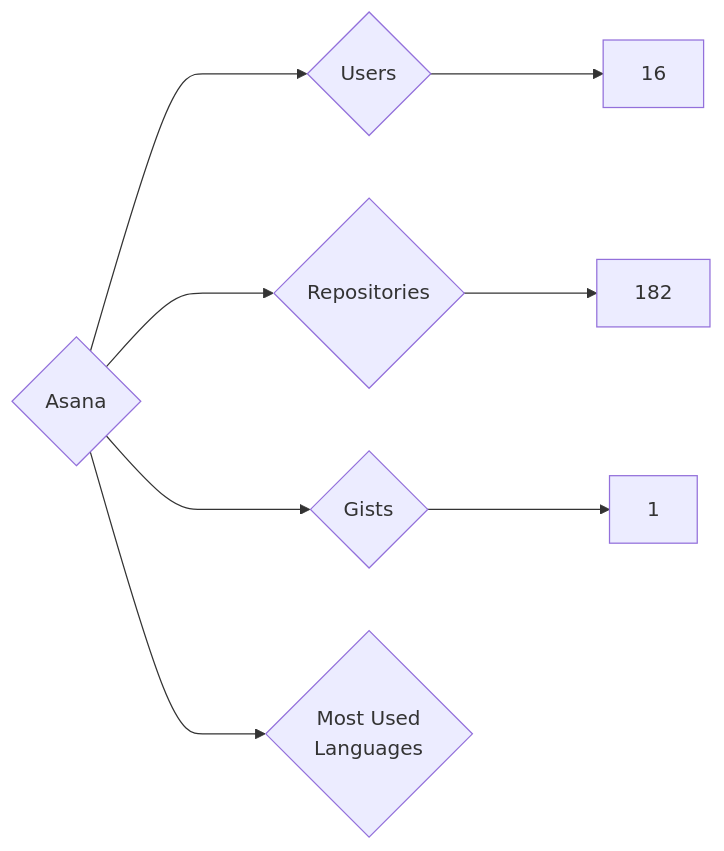
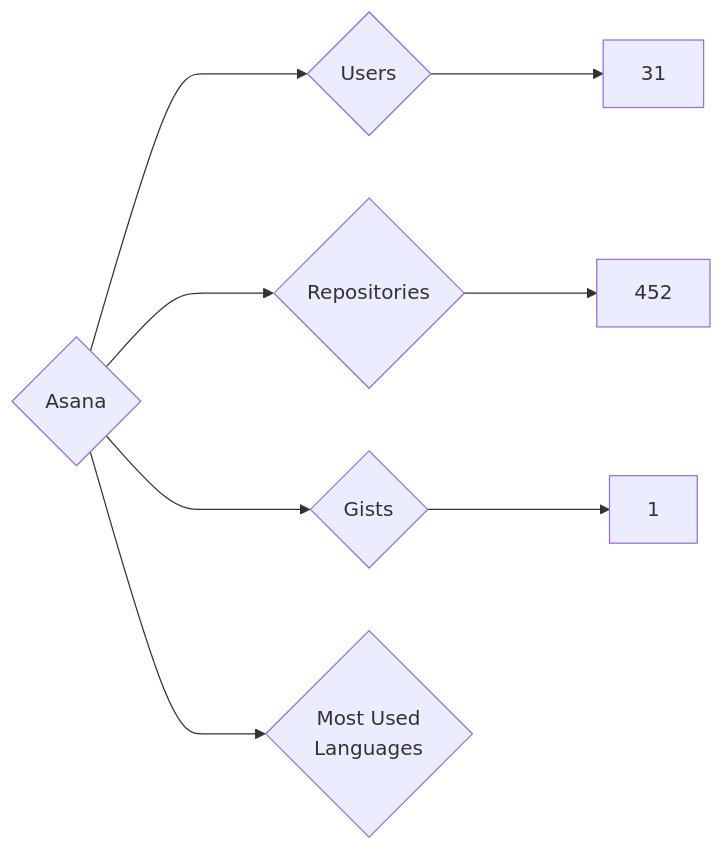
The diagram in targets/Asana/README.md (nenadzaric/insiders), drawn with Mermaid before and after one commit. The commit also changed 2877 other files, not shown here.

````diff
--- a/targets/Asana/README.md
+++ b/targets/Asana/README.md
@@ -3,8 +3,8 @@
 ```mermaid
 graph LR
 COMPANY_NAME{Asana}
-COMPANY_NAME ---> U{Users} ---> UN[16]
-COMPANY_NAME ---> R{Repositories} ---> RN[182]
+COMPANY_NAME ---> U{Users} ---> UN[31]
+COMPANY_NAME ---> R{Repositories} ---> RN[452]
 COMPANY_NAME ---> G{Gists} ---> GN[1]
 COMPANY_NAME ---> ML{Most Used<br>Languages}
 ```
````
